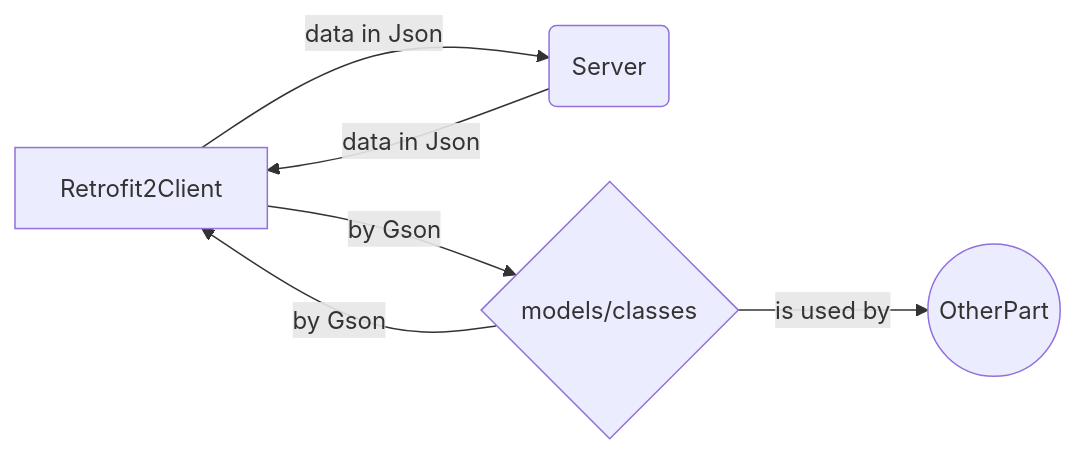
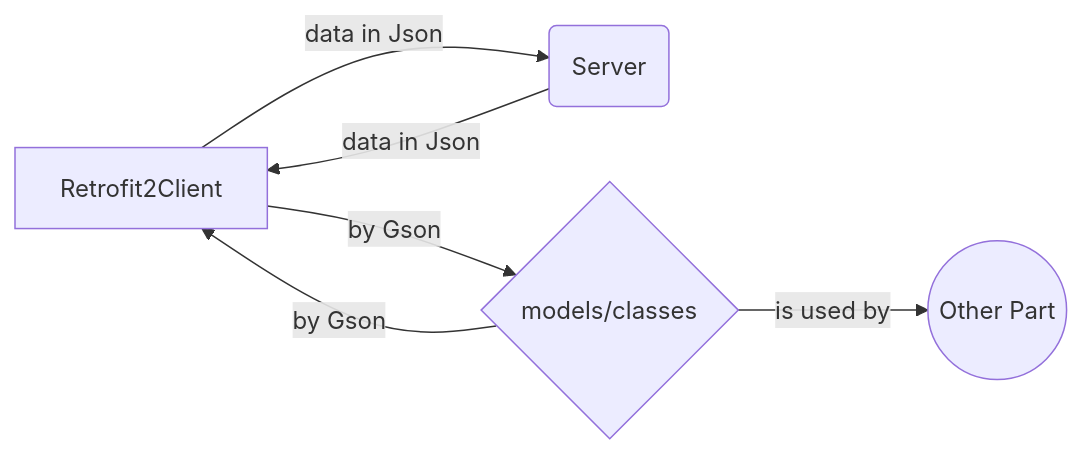
One commit to LooDaHu/ARORA_General_-Introduction changed the fifth of 5 diagrams in Welcome file.md. Above: the diagram before and after it, drawn with Mermaid. The commit also changed other lines of this file, not shown here.

````diff
--- a/Welcome file.md
+++ b/Welcome file.md
@@ -227,8 +227,8 @@
 ```mermaid
 graph LR
 A[Retrofit2Client] --data in Json--> B(Server)
 B(Server)--data in Json--> A[Retrofit2Client]
 C{models/classes}--by Gson--> A[Retrofit2Client] 
 A[Retrofit2Client]  --by Gson--> C{models/classes}
-C{models/classes} --is used by--> D((OtherPart ))
+C{models/classes} --is used by--> D((Other Part))
 ```
````
